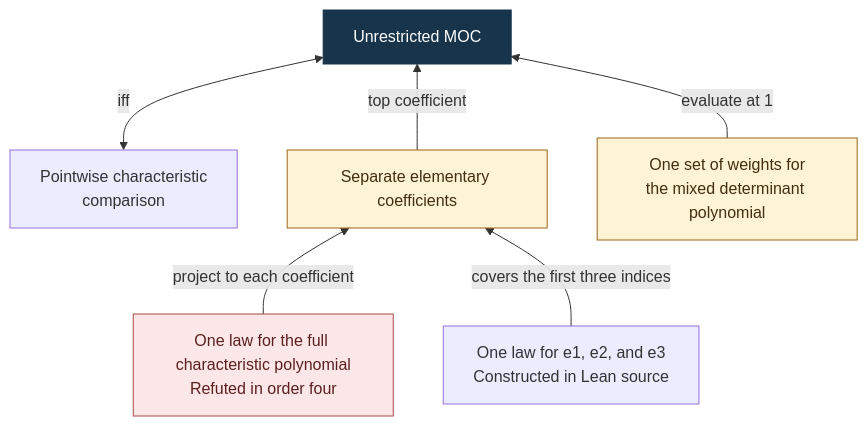
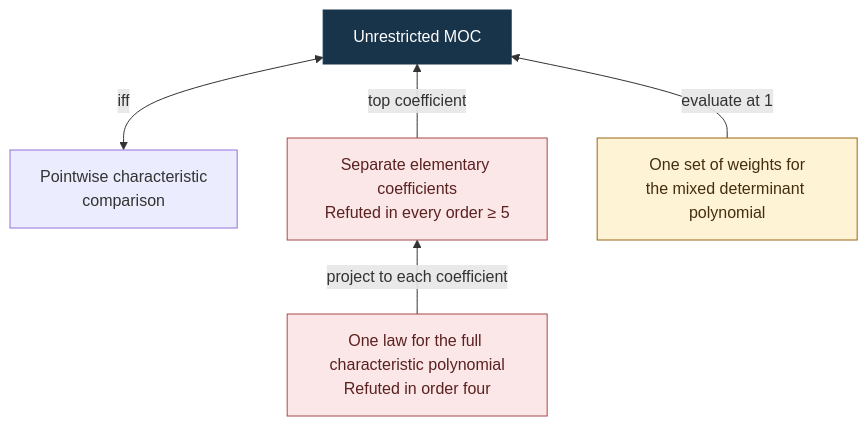
One commit to ascendnoosphere/MOC changed the seventh of 11 diagrams in Docs/all-orders-proof-map.md. Above: the diagram before and after it, drawn with Mermaid. The commit also changed other lines of this file and 6 other files, not shown here.

Commit message:
Refute the fourth coefficient matching bound in every order at least five

````diff
--- a/Docs/all-orders-proof-map.md
+++ b/Docs/all-orders-proof-map.md
@@ -551,19 +551,17 @@
 ```mermaid
 flowchart BT
     accTitle: Pointwise, separate, and simultaneous polynomial comparisons
-    accDescr: Pointwise comparisons are exact. The separate elementary coefficients imply MOC. The full characteristic-polynomial hull is false.
+    accDescr: Pointwise comparisons are equivalent to MOC. Counterexamples refute the full characteristic-polynomial hull and the separate elementary coefficient condition.
     Goal["Unrestricted MOC"]:::goal
     Pt["Pointwise characteristic<br/>comparison"]
     Char["One law for the full characteristic polynomial<br/>Refuted in order four"]:::refuted
-    Sep["Separate elementary coefficients"]:::open
-    Low["One law for e1, e2, and e3<br/>Constructed in Lean source"]
+    Sep["Separate elementary coefficients<br/>Refuted in every order ≥ 5"]:::refuted
     Mixed["One set of weights for<br/>the mixed determinant polynomial"]:::open
     Pt <-->|iff| Goal
     Char -->|project to each coefficient| Sep
-    Low -->|covers the first three indices| Sep
     Sep -->|top coefficient| Goal
     Mixed -->|evaluate at 1| Goal
     classDef goal fill:#18344b,stroke:#18344b,color:#fff
     classDef open fill:#fff3d6,stroke:#9a6516,color:#432e0f
     classDef refuted fill:#fbe7e7,stroke:#aa4949,color:#5b2020
 ```
````
